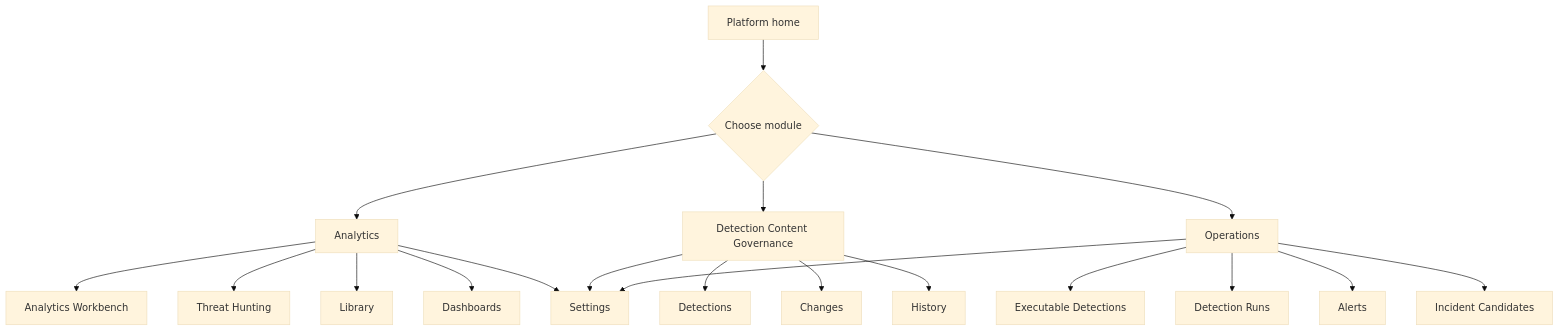
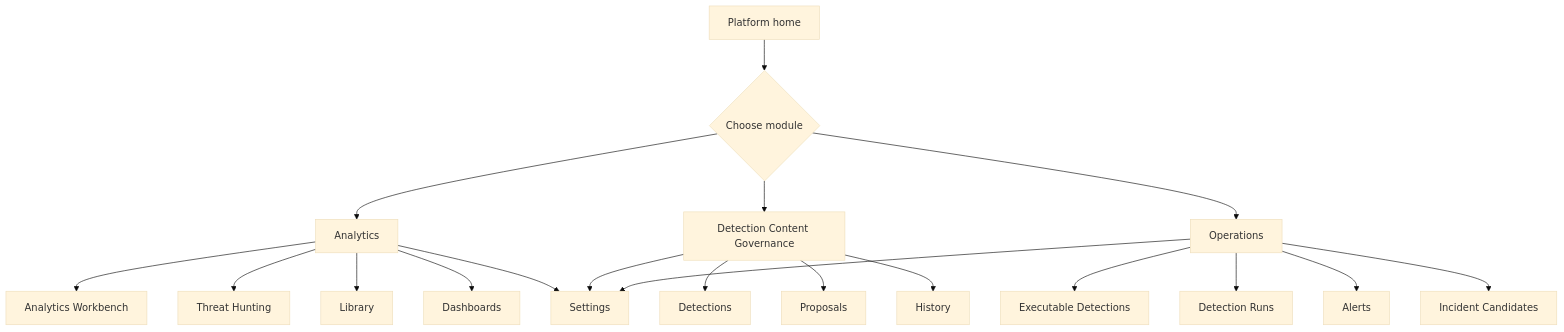
Before and after one commit to DeltaZulu-OU/DeltaZulu.Platform: the third of 14 diagrams in docs/TARGET_USER_STORIES.md, drawn with Mermaid (base theme). The commit also changed other lines of this file and 23 other files, not shown here.

Commit message:
Rename governance Changes to Proposals

````diff
--- a/docs/TARGET_USER_STORIES.md
+++ b/docs/TARGET_USER_STORIES.md
@@ -238,25 +238,25 @@
 ```mermaid
 flowchart TD
     Home[Platform home] --> Pick{Choose module}
     Pick --> Analytics[Analytics]
     Pick --> Governance[Detection Content Governance]
     Pick --> Operations[Operations]
 
     Analytics --> Workbench[Analytics Workbench]
     Analytics --> Hunting[Threat Hunting]
     Analytics --> Library[Library]
     Analytics --> Dash[Dashboards]
 
     Governance --> Detections[Detections]
-    Governance --> Changes[Changes]
+    Governance --> Proposals[Proposals]
     Governance --> History[History]
 
     Operations --> ExecDefs[Executable Detections]
     Operations --> Runs[Detection Runs]
     Operations --> Alerts[Alerts]
     Operations --> Candidates[Incident Candidates]
 
     Analytics --> Settings[Settings]
     Governance --> Settings
     Operations --> Settings
 ```
````
